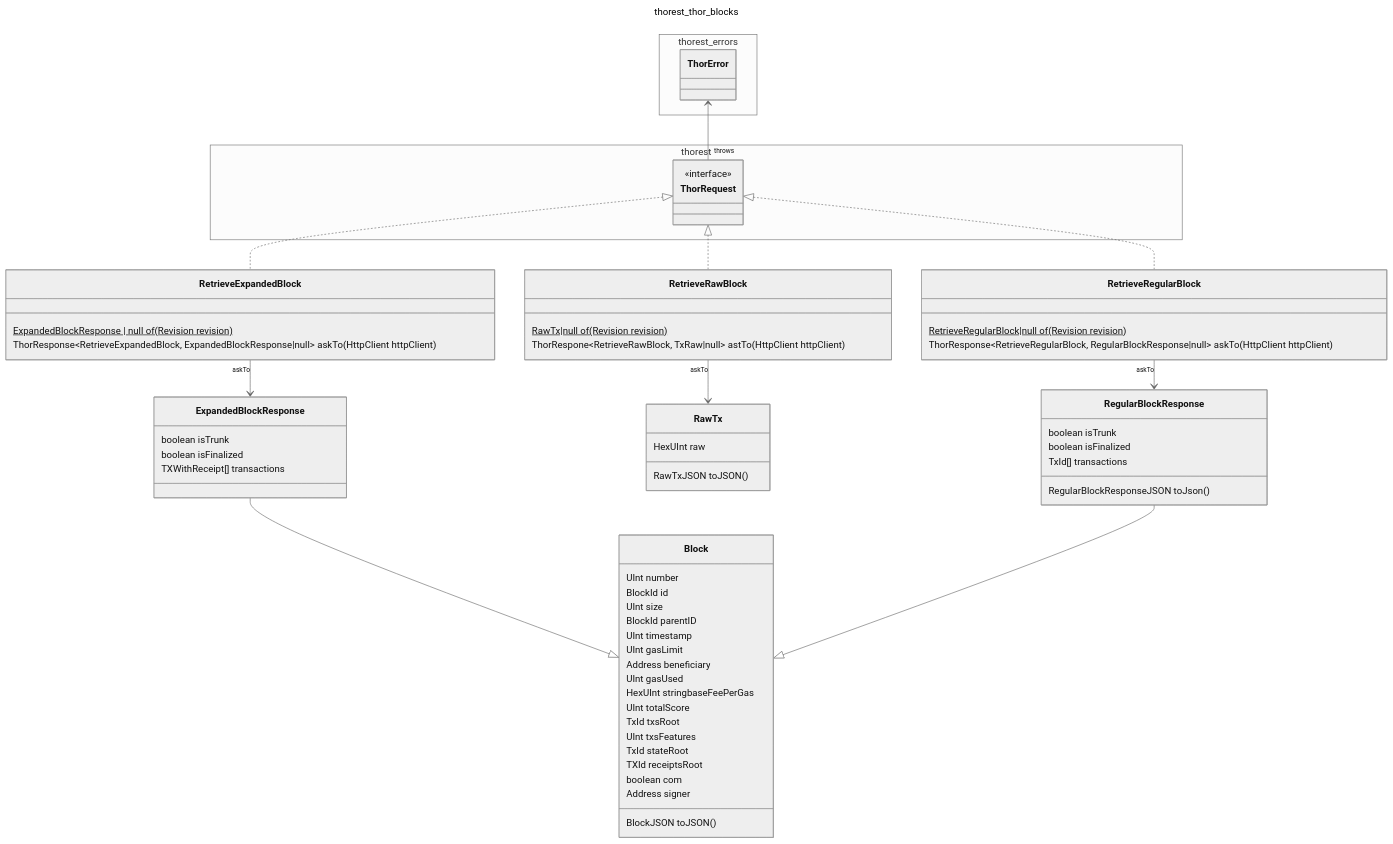
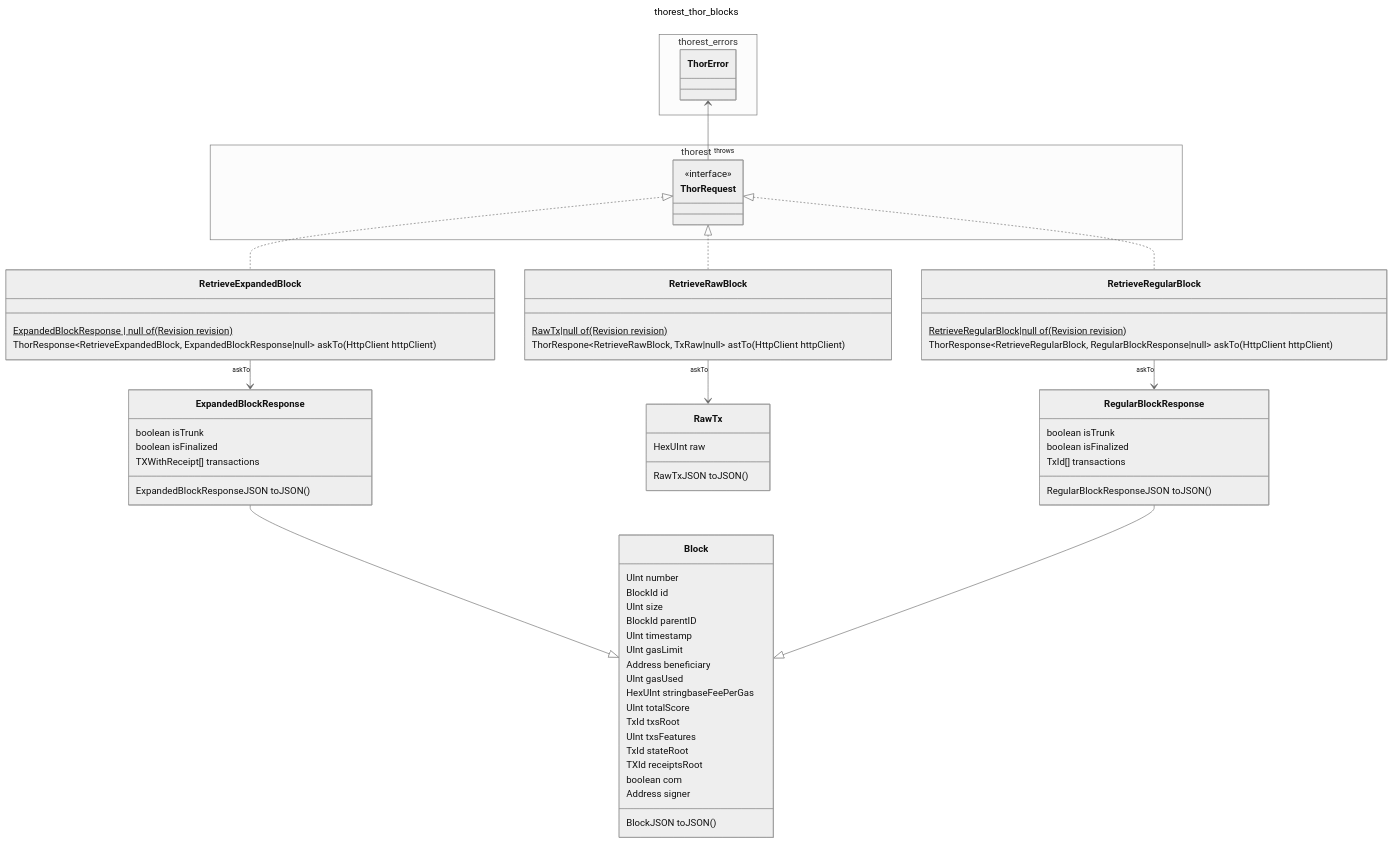
The diagram in docs/thorest/thor/blocks/blocks.mmd (vechain/vechain-sdk-js), drawn with Mermaid (neutral theme) before and after one commit. The commit also changed 3 other files, not shown here.

```diff
--- a/docs/thorest/thor/blocks/blocks.mmd
+++ b/docs/thorest/thor/blocks/blocks.mmd
@@ -1,67 +1,68 @@
 ---
 title: thorest_thor_blocks
 ---
 classDiagram
     namespace thorest {
         class ThorRequest {
             <<interface>>
         }
     }
     namespace thorest_errors {
         class ThorError
     }
     class Block {
         UInt number
         BlockId id
         UInt size
         BlockId parentID
         UInt timestamp
         UInt gasLimit
         Address beneficiary
         UInt gasUsed
         HexUInt stringbaseFeePerGas
         UInt totalScore
         TxId txsRoot
         UInt txsFeatures
         TxId stateRoot
         TXId receiptsRoot
         boolean com
         Address signer
         BlockJSON toJSON()
     }
     class ExpandedBlockResponse {
         boolean isTrunk
         boolean isFinalized
         TXWithReceipt[] transactions
+        ExpandedBlockResponseJSON toJSON()
     }
     class RawTx {
         HexUInt raw
         RawTxJSON toJSON()
     }
     class RegularBlockResponse {
         boolean isTrunk
         boolean isFinalized
         TxId[]  transactions
-        RegularBlockResponseJSON toJson()
+        RegularBlockResponseJSON toJSON()
     }
     class RetrieveExpandedBlock {
         ExpandedBlockResponse | null of(Revision revision)$
         ThorResponse~RetrieveExpandedBlock, ExpandedBlockResponse|null~ askTo(HttpClient httpClient)
     }
     class RetrieveRawBlock {
         RawTx|null of(Revision revision)$
         ThorRespone~RetrieveRawBlock, TxRaw|null~ astTo(HttpClient httpClient)
     }
     class RetrieveRegularBlock {
         RetrieveRegularBlock|null of(Revision revision)$
         ThorResponse~RetrieveRegularBlock, RegularBlockResponse|null~ askTo(HttpClient httpClient)
     }
     ThorRequest <|.. RetrieveExpandedBlock
     ThorRequest <|.. RetrieveRawBlock
     ThorRequest <|.. RetrieveRegularBlock
     ExpandedBlockResponse --|> Block
     RegularBlockResponse --|> Block
     RetrieveExpandedBlock "askTo" --> ExpandedBlockResponse
     RetrieveRawBlock "askTo" --> RawTx
     RetrieveRegularBlock "askTo" --> RegularBlockResponse
     ThorError <-- "throws" ThorRequest
```
